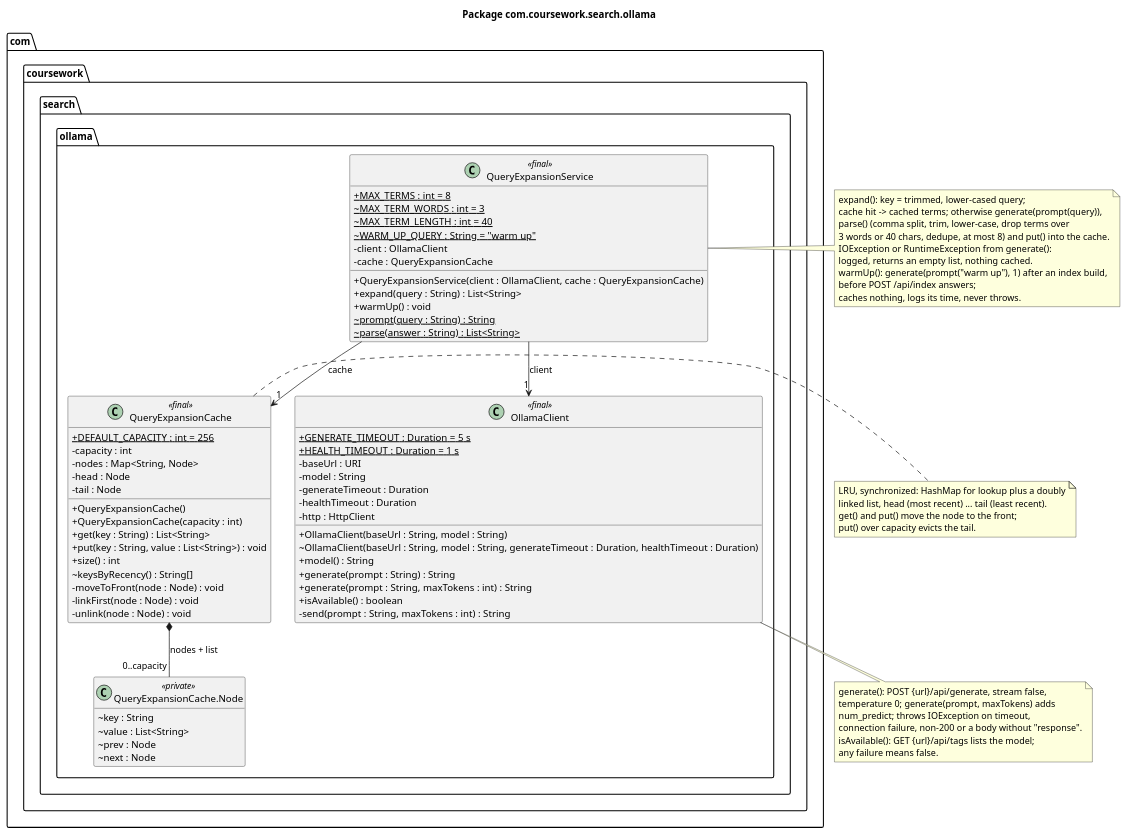
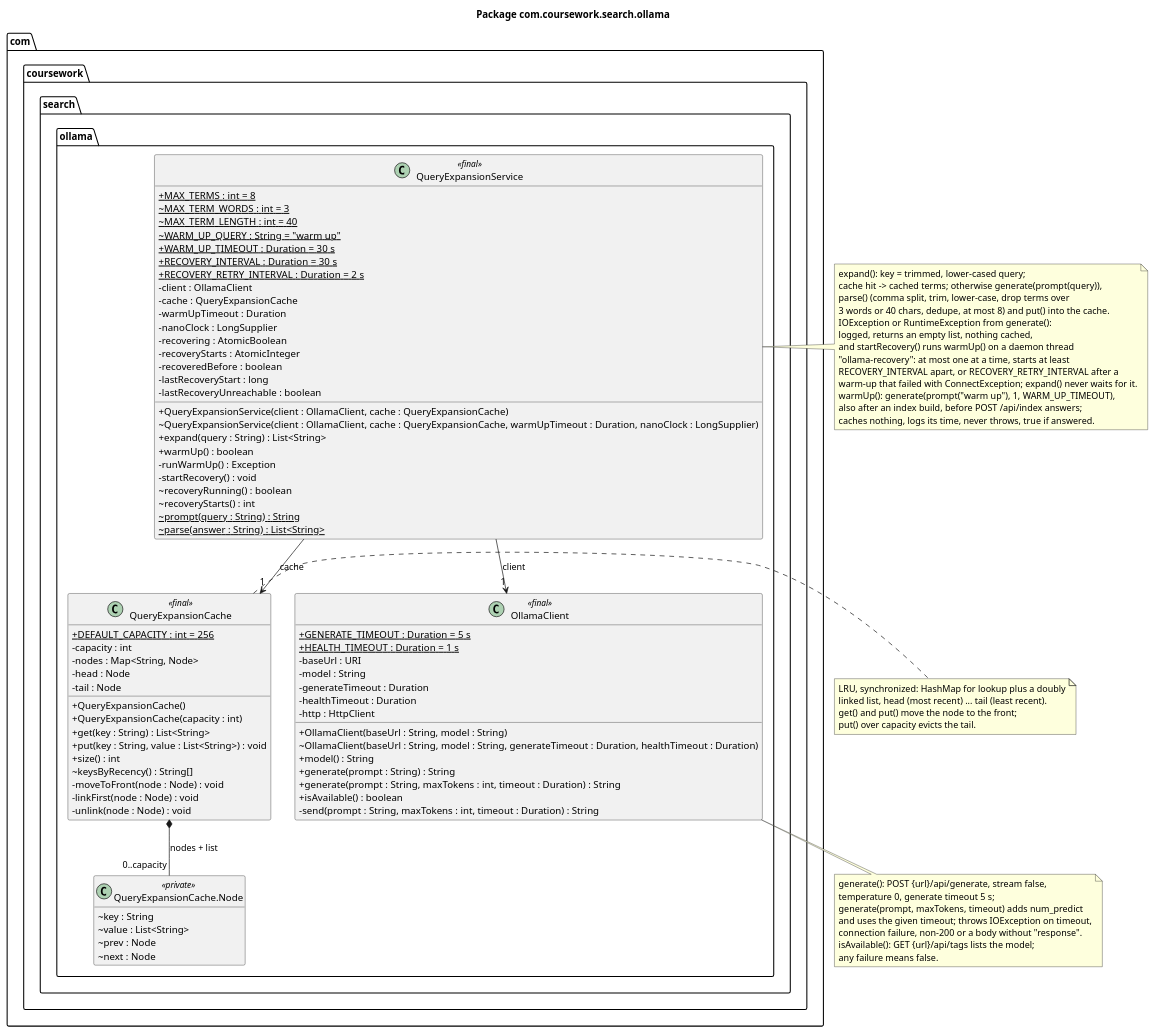
The diagram in docs/class_ollama.puml (poBEDA1631/course_work_parallel_computing), drawn with PlantUML before and after one commit. The commit also changed 6 other files, not shown here.

Commit message:
docs: describe expansion self-recovery and the warm-up timeout

```diff
--- a/docs/class_ollama.puml
+++ b/docs/class_ollama.puml
@@ -1,97 +1,117 @@
 @startuml class_ollama
 title Package com.coursework.search.ollama
 
 skinparam classAttributeIconSize 0
 hide empty members
 
 package com.coursework.search.ollama {
 
   class QueryExpansionService <<final>> {
     + {static} MAX_TERMS : int = 8
     ~ {static} MAX_TERM_WORDS : int = 3
     ~ {static} MAX_TERM_LENGTH : int = 40
     ~ {static} WARM_UP_QUERY : String = "warm up"
+    + {static} WARM_UP_TIMEOUT : Duration = 30 s
+    + {static} RECOVERY_INTERVAL : Duration = 30 s
+    + {static} RECOVERY_RETRY_INTERVAL : Duration = 2 s
     - client : OllamaClient
     - cache : QueryExpansionCache
+    - warmUpTimeout : Duration
+    - nanoClock : LongSupplier
+    - recovering : AtomicBoolean
+    - recoveryStarts : AtomicInteger
+    - recoveredBefore : boolean
+    - lastRecoveryStart : long
+    - lastRecoveryUnreachable : boolean
     + QueryExpansionService(client : OllamaClient, cache : QueryExpansionCache)
+    ~ QueryExpansionService(client : OllamaClient, cache : QueryExpansionCache, warmUpTimeout : Duration, nanoClock : LongSupplier)
     + expand(query : String) : List<String>
-    + warmUp() : void
+    + warmUp() : boolean
+    - runWarmUp() : Exception
+    - startRecovery() : void
+    ~ recoveryRunning() : boolean
+    ~ recoveryStarts() : int
     ~ {static} prompt(query : String) : String
     ~ {static} parse(answer : String) : List<String>
   }
 
   class QueryExpansionCache <<final>> {
     + {static} DEFAULT_CAPACITY : int = 256
     - capacity : int
     - nodes : Map<String, Node>
     - head : Node
     - tail : Node
     + QueryExpansionCache()
     + QueryExpansionCache(capacity : int)
     + get(key : String) : List<String>
     + put(key : String, value : List<String>) : void
     + size() : int
     ~ keysByRecency() : String[]
     - moveToFront(node : Node) : void
     - linkFirst(node : Node) : void
     - unlink(node : Node) : void
   }
 
   class "QueryExpansionCache.Node" as Node <<private>> {
     ~ key : String
     ~ value : List<String>
     ~ prev : Node
     ~ next : Node
   }
 
   class OllamaClient <<final>> {
     + {static} GENERATE_TIMEOUT : Duration = 5 s
     + {static} HEALTH_TIMEOUT : Duration = 1 s
     - baseUrl : URI
     - model : String
     - generateTimeout : Duration
     - healthTimeout : Duration
     - http : HttpClient
     + OllamaClient(baseUrl : String, model : String)
     ~ OllamaClient(baseUrl : String, model : String, generateTimeout : Duration, healthTimeout : Duration)
     + model() : String
     + generate(prompt : String) : String
-    + generate(prompt : String, maxTokens : int) : String
+    + generate(prompt : String, maxTokens : int, timeout : Duration) : String
     + isAvailable() : boolean
-    - send(prompt : String, maxTokens : int) : String
+    - send(prompt : String, maxTokens : int, timeout : Duration) : String
   }
 }
 
 QueryExpansionService --> "1" OllamaClient : client
 QueryExpansionService --> "1" QueryExpansionCache : cache
 QueryExpansionCache *-- "0..capacity" Node : nodes + list
 
 note right of QueryExpansionService
   expand(): key = trimmed, lower-cased query;
   cache hit -> cached terms; otherwise generate(prompt(query)),
   parse() (comma split, trim, lower-case, drop terms over
   3 words or 40 chars, dedupe, at most 8) and put() into the cache.
   IOException or RuntimeException from generate():
-  logged, returns an empty list, nothing cached.
-  warmUp(): generate(prompt("warm up"), 1) after an index build,
-  before POST /api/index answers;
-  caches nothing, logs its time, never throws.
+  logged, returns an empty list, nothing cached,
+  and startRecovery() runs warmUp() on a daemon thread
+  "ollama-recovery": at most one at a time, starts at least
+  RECOVERY_INTERVAL apart, or RECOVERY_RETRY_INTERVAL after a
+  warm-up that failed with ConnectException; expand() never waits for it.
+  warmUp(): generate(prompt("warm up"), 1, WARM_UP_TIMEOUT),
+  also after an index build, before POST /api/index answers;
+  caches nothing, logs its time, never throws, true if answered.
 end note
 
 note right of QueryExpansionCache
   LRU, synchronized: HashMap for lookup plus a doubly
   linked list, head (most recent) ... tail (least recent).
   get() and put() move the node to the front;
   put() over capacity evicts the tail.
 end note
 
 note bottom of OllamaClient
   generate(): POST {url}/api/generate, stream false,
-  temperature 0; generate(prompt, maxTokens) adds
-  num_predict; throws IOException on timeout,
+  temperature 0, generate timeout 5 s;
+  generate(prompt, maxTokens, timeout) adds num_predict
+  and uses the given timeout; throws IOException on timeout,
   connection failure, non-200 or a body without "response".
   isAvailable(): GET {url}/api/tags lists the model;
   any failure means false.
 end note
 
 @enduml
```
